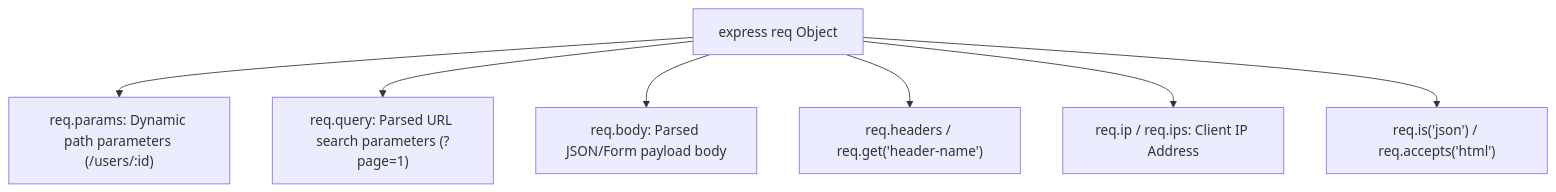
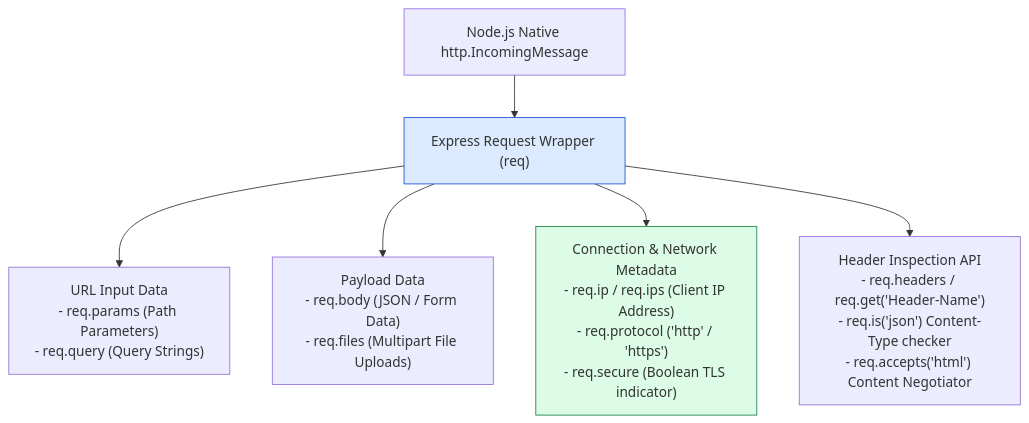
The first of 3 diagrams in express-notes/06-request-object.md (Amie-dev/engineering-playbook), drawn with Mermaid before and after one commit. The commit also changed other lines of this file and 26 other files, not shown here.

````diff
--- a/express-notes/06-request-object.md
+++ b/express-notes/06-request-object.md
@@ -10,9 +13,12 @@
 ```mermaid
-graph TD
-    Req[express req Object] --> Params["req.params: Dynamic path parameters (/users/:id)"]
-    Req --> Query["req.query: Parsed URL search parameters (?page=1)"]
-    Req --> Body["req.body: Parsed JSON/Form payload body"]
-    Req --> Headers["req.headers / req.get('header-name')"]
-    Req --> IP["req.ip / req.ips: Client IP Address"]
-    Req --> Helpers["req.is('json') / req.accepts('html')"]
+flowchart TD
+    NativeReq["Node.js Native http.IncomingMessage"] --> ExpressReq["Express Request Wrapper (req)"]
+
+    ExpressReq --> Parameters["URL Input Data<br/>- req.params (Path Parameters)<br/>- req.query (Query Strings)"]
+    ExpressReq --> BodyData["Payload Data<br/>- req.body (JSON / Form Data)<br/>- req.files (Multipart File Uploads)"]
+    ExpressReq --> Metadata["Connection & Network Metadata<br/>- req.ip / req.ips (Client IP Address)<br/>- req.protocol ('http' / 'https')<br/>- req.secure (Boolean TLS indicator)"]
+    ExpressReq --> HeaderMethods["Header Inspection API<br/>- req.headers / req.get('Header-Name')<br/>- req.is('json') Content-Type checker<br/>- req.accepts('html') Content Negotiator"]
+
+    style ExpressReq fill:#dbeafe,stroke:#1d4ed8
+    style Metadata fill:#dcfce7,stroke:#15803d
 ```
````
